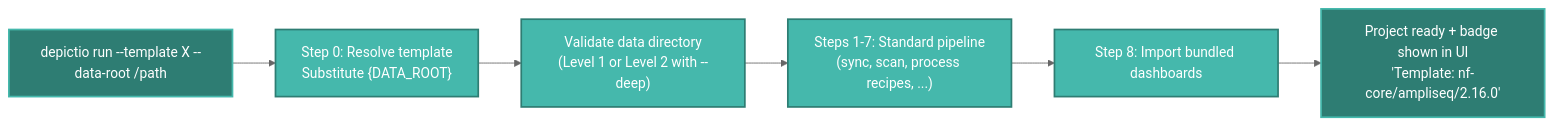
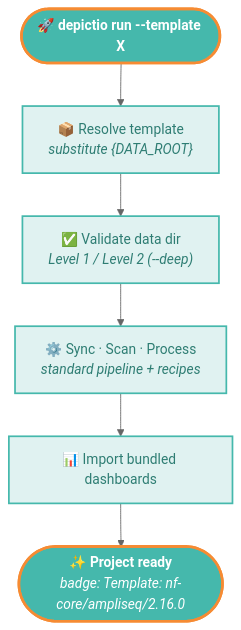
The second of 2 diagrams in docs/usage/projects/guide.md (depictio/depictio-docs), drawn with Mermaid (neutral theme) before and after one commit. The commit also changed other lines of this file and 26 other files, not shown here.

````diff
--- a/docs/usage/projects/guide.md
+++ b/docs/usage/projects/guide.md
@@ -399,12 +460,13 @@
 ```mermaid
-graph LR
-    A["depictio run --template X --data-root /path"] --> B["Step 0: Resolve template\nSubstitute {DATA_ROOT}"]
-    B --> C["Validate data directory\n(Level 1 or Level 2 with --deep)"]
-    C --> D["Steps 1-7: Standard pipeline\n(sync, scan, process recipes, ...)"]
-    D --> E["Step 8: Import bundled dashboards"]
-    E --> F["Project ready + badge shown in UI\n'Template: nf-core/ampliseq/2.16.0'"]
+graph TD
+    A(["🚀 <b>depictio run --template X</b>"])
+    A --> B["📦 Resolve template<br/><i>substitute {DATA_ROOT}</i>"]
+    B --> C["✅ Validate data dir<br/><i>Level 1 / Level 2 (--deep)</i>"]
+    C --> D["⚙️ Sync · Scan · Process<br/><i>standard pipeline + recipes</i>"]
+    D --> E["📊 Import bundled dashboards"]
+    E --> F(["✨ <b>Project ready</b><br/><i>badge: Template: nf-core/ampliseq/2.16.0</i>"])
 
-    classDef default fill:#45B8AC,stroke:#2E7D73,stroke-width:2px,color:#fff
-    classDef highlight fill:#2E7D73,stroke:#45B8AC,stroke-width:2px,color:#fff
-    class A,F highlight
+    classDef default fill:#E0F2F1,stroke:#45B8AC,stroke-width:2px,color:#2E7D73
+    classDef endpoints fill:#45B8AC,stroke:#F68B33,stroke-width:3px,color:#fff
+    class A,F endpoints
 ```
````
